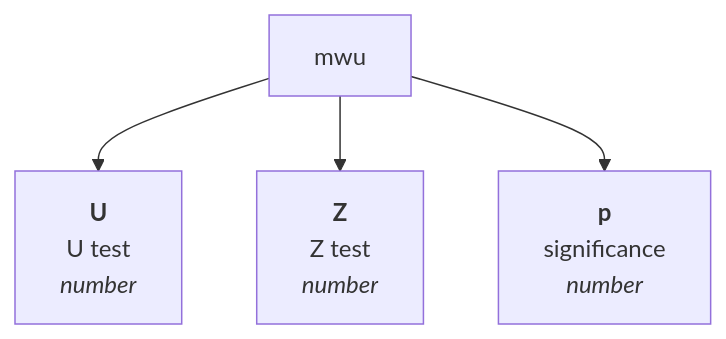
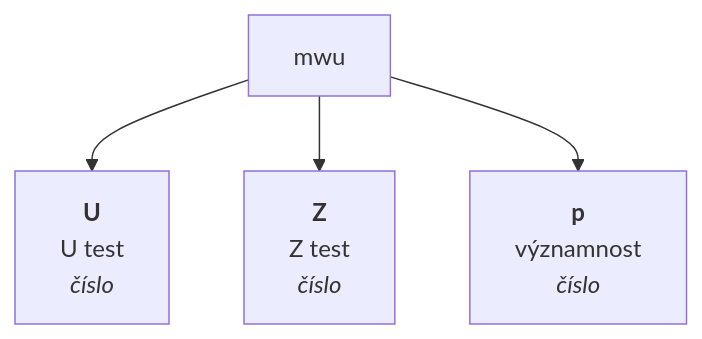
Before and after one commit to muzikp/retusa: the fifth of 5 diagrams in md-test.md, drawn with Mermaid. The commit also changed other lines of this file and 2 other files, not shown here.

````diff
--- a/md-test.md
+++ b/md-test.md
@@ -255,7 +281,7 @@
 ```mermaid
 graph TD
-mwu --> U[<b>U</b><br>U test <br><i>number</i>]
-mwu --> Z[<b>Z</b><br>Z test <br><i>number</i>]
-mwu --> p[<b>p</b><br>significance <br><i>number</i>]
+mwu --> U[<b>U</b><br>U test <br><i>číslo</i>]
+mwu --> Z[<b>Z</b><br>Z test <br><i>číslo</i>]
+mwu --> p[<b>p</b><br>významnost <br><i>číslo</i>]
 
 ```
````
